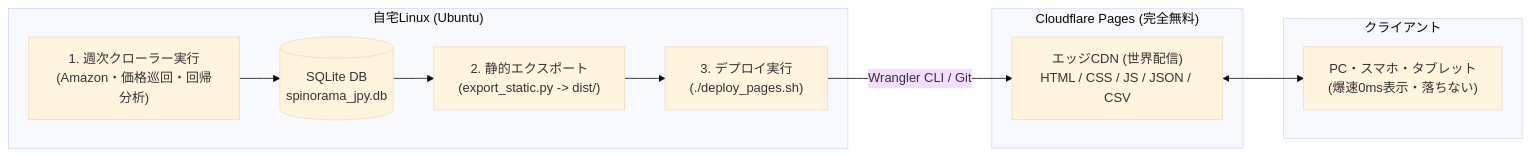
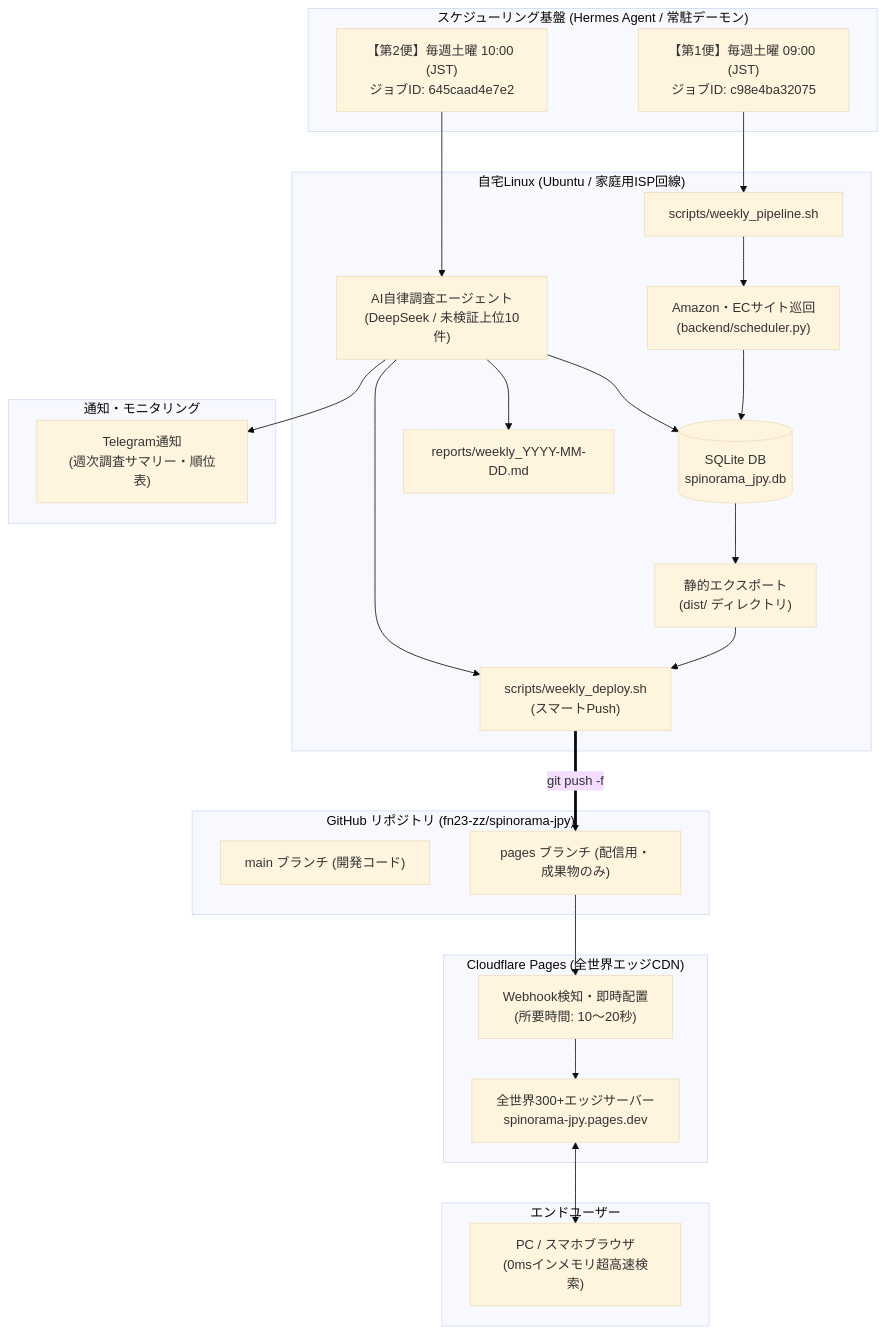
The second of 4 diagrams in README.md (fn23-zz/spinorama-jpy), drawn with Mermaid (base theme) before and after one commit. The commit also changed other lines of this file and 4 other files, not shown here.

Commit message:
docs: document weekly automation architecture with Hermes Agent and GitHub integration

````diff
--- a/README.md
+++ b/README.md
@@ -98,19 +98,49 @@
 ```mermaid
-graph LR
-    subgraph "自宅Linux (Ubuntu)"
-        A["1. 週次クローラー実行<br>(Amazon・価格巡回・回帰分析)"] --> B[("SQLite DB<br>spinorama_jpy.db")]
-        B --> C["2. 静的エクスポート<br>(export_static.py -> dist/)"]
-        C --> D["3. デプロイ実行<br>(./deploy_pages.sh)"]
+flowchart TD
+    subgraph Scheduler ["スケジューリング基盤 (Hermes Agent / 常駐デーモン)"]
+        Cron9["【第1便】毎週土曜 09:00 (JST)<br>ジョブID: c98e4ba32075"]
+        Cron10["【第2便】毎週土曜 10:00 (JST)<br>ジョブID: 645caad4e7e2"]
     end
 
-    subgraph "Cloudflare Pages (完全無料)"
-        E["エッジCDN (世界配信)<br>HTML / CSS / JS / JSON / CSV"]
+    subgraph Linux ["自宅Linux (Ubuntu / 家庭用ISP回線)"]
+        Pipe["scripts/weekly_pipeline.sh"]
+        Crawl["Amazon・ECサイト巡回<br>(backend/scheduler.py)"]
+        DB[("SQLite DB<br>spinorama_jpy.db")]
+        AI["AI自律調査エージェント<br>(DeepSeek / 未検証上位10件)"]
+        Report["reports/weekly_YYYY-MM-DD.md"]
+        Export["静的エクスポート<br>(dist/ ディレクトリ)"]
+        DeployScript["scripts/weekly_deploy.sh<br>(スマートPush)"]
+        
+        Cron9 --> Pipe
+        Pipe --> Crawl --> DB
+        DB --> Export
+        Export --> DeployScript
+
+        Cron10 --> AI
+        AI --> DB
+        AI --> Report
+        AI --> DeployScript
     end
 
-    subgraph "クライアント"
-        F["PC・スマホ・タブレット<br>(爆速0ms表示・落ちない)"]
+    subgraph GitHub ["GitHub リポジトリ (fn23-zz/spinorama-jpy)"]
+        BranchMain["main ブランチ (開発コード)"]
+        BranchPages["pages ブランチ (配信用・成果物のみ)"]
+        DeployScript == "git push -f" ==> BranchPages
     end
 
-    D -->|Wrangler CLI / Git| E
-    E <--> F
+    subgraph Cloudflare ["Cloudflare Pages (全世界エッジCDN)"]
+        CF_Build["Webhook検知・即時配置<br>(所要時間: 10〜20秒)"]
+        CF_Edge["全世界300+エッジサーバー<br>spinorama-jpy.pages.dev"]
+        BranchPages --> CF_Build --> CF_Edge
+    end
+
+    subgraph Notification ["通知・モニタリング"]
+        TG["Telegram通知<br>(週次調査サマリー・順位表)"]
+        AI --> TG
+    end
+
+    subgraph Clients ["エンドユーザー"]
+        Browser["PC / スマホブラウザ<br>(0msインメモリ超高速検索)"]
+        CF_Edge <--> Browser
+    end
 ```
````
